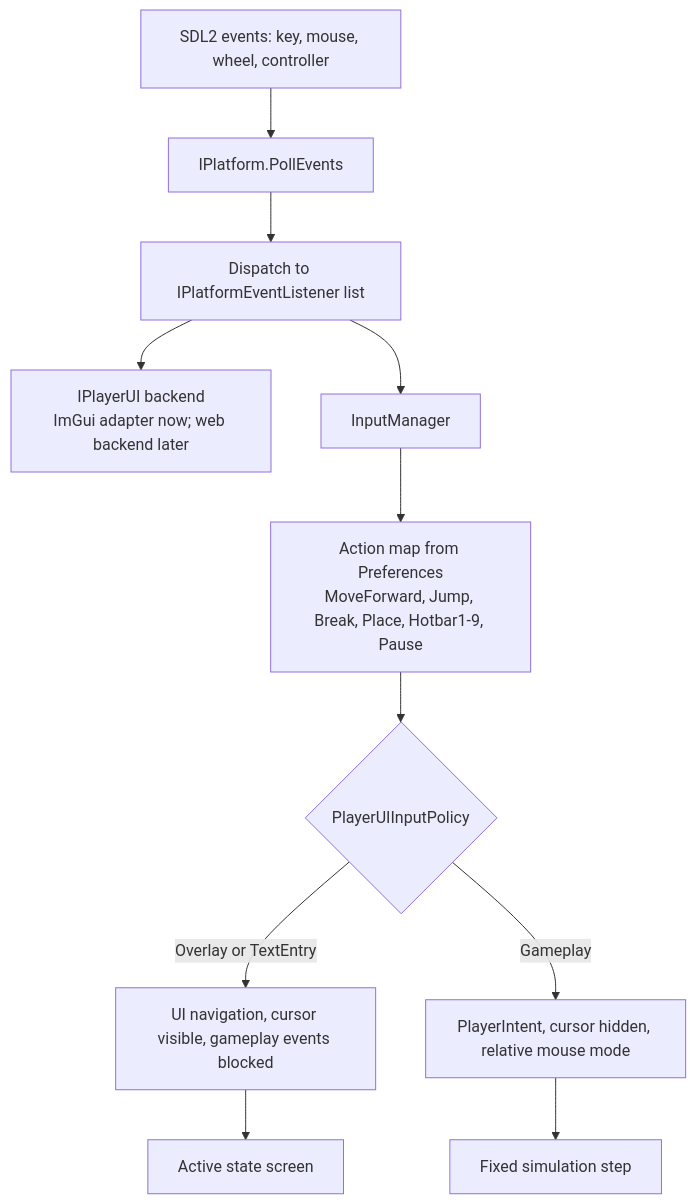
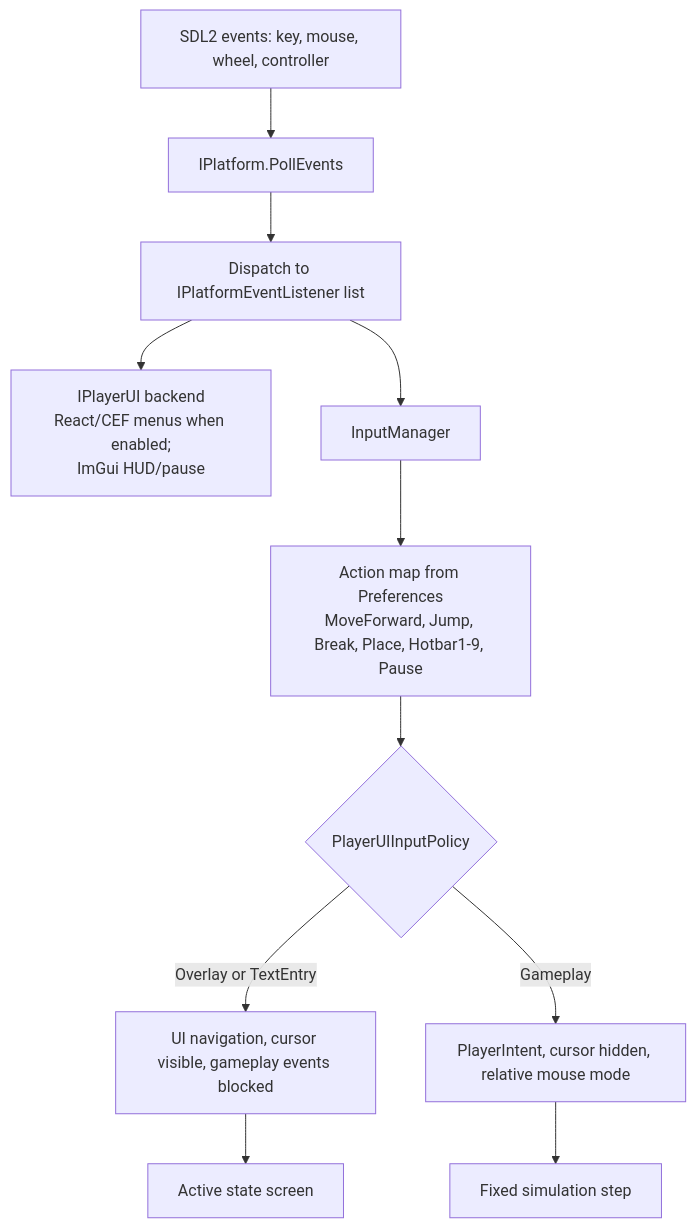
Before and after one commit to GoGurtPrime/voxels: the tenth of 16 diagrams in DIAGRAMS.md, drawn with Mermaid. The commit also changed other lines of this file and 10 other files, not shown here.

````diff
--- a/DIAGRAMS.md
+++ b/DIAGRAMS.md
@@ -358,13 +358,13 @@
 ```mermaid
 flowchart TD
     SDL["SDL2 events: key, mouse, wheel, controller"] --> PLATE["IPlatform.PollEvents"]
     PLATE --> LISTEN["Dispatch to IPlatformEventListener list"]
-    LISTEN --> UIL["IPlayerUI backend<br/>ImGui adapter now; web backend later"]
+    LISTEN --> UIL["IPlayerUI backend<br/>React/CEF menus when enabled;<br/>ImGui HUD/pause"]
     LISTEN --> IM["InputManager"]
     IM --> MAP["Action map from Preferences<br/>MoveForward, Jump, Break, Place, Hotbar1-9, Pause"]
     MAP --> CTX{"PlayerUIInputPolicy"}
     CTX -- Overlay or TextEntry --> UIACT["UI navigation, cursor visible, gameplay events blocked"]
     CTX -- Gameplay --> GACT["PlayerIntent, cursor hidden, relative mouse mode"]
     GACT --> SIMSTEP["Fixed simulation step"]
     UIACT --> SCREEN["Active state screen"]
 ```
````
